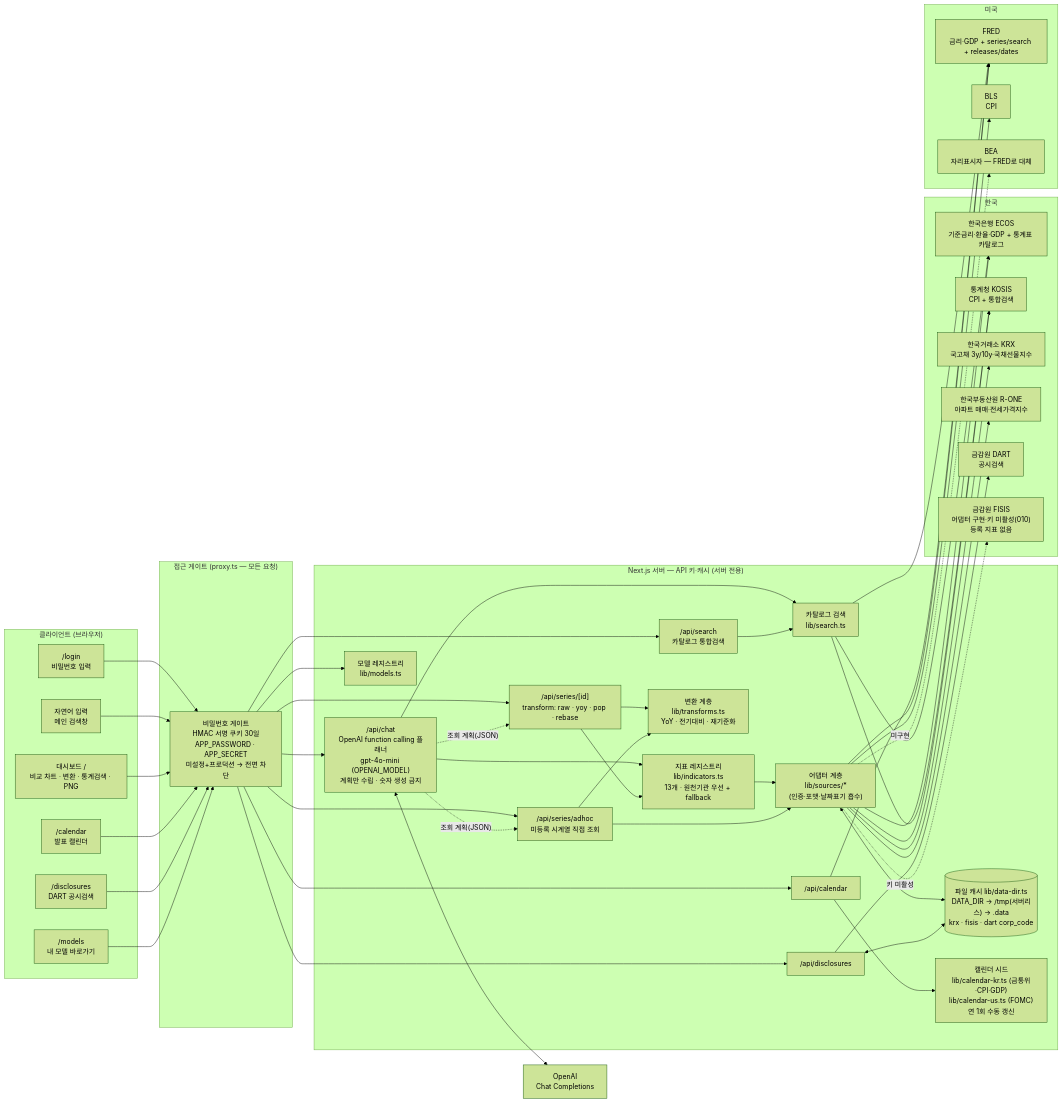
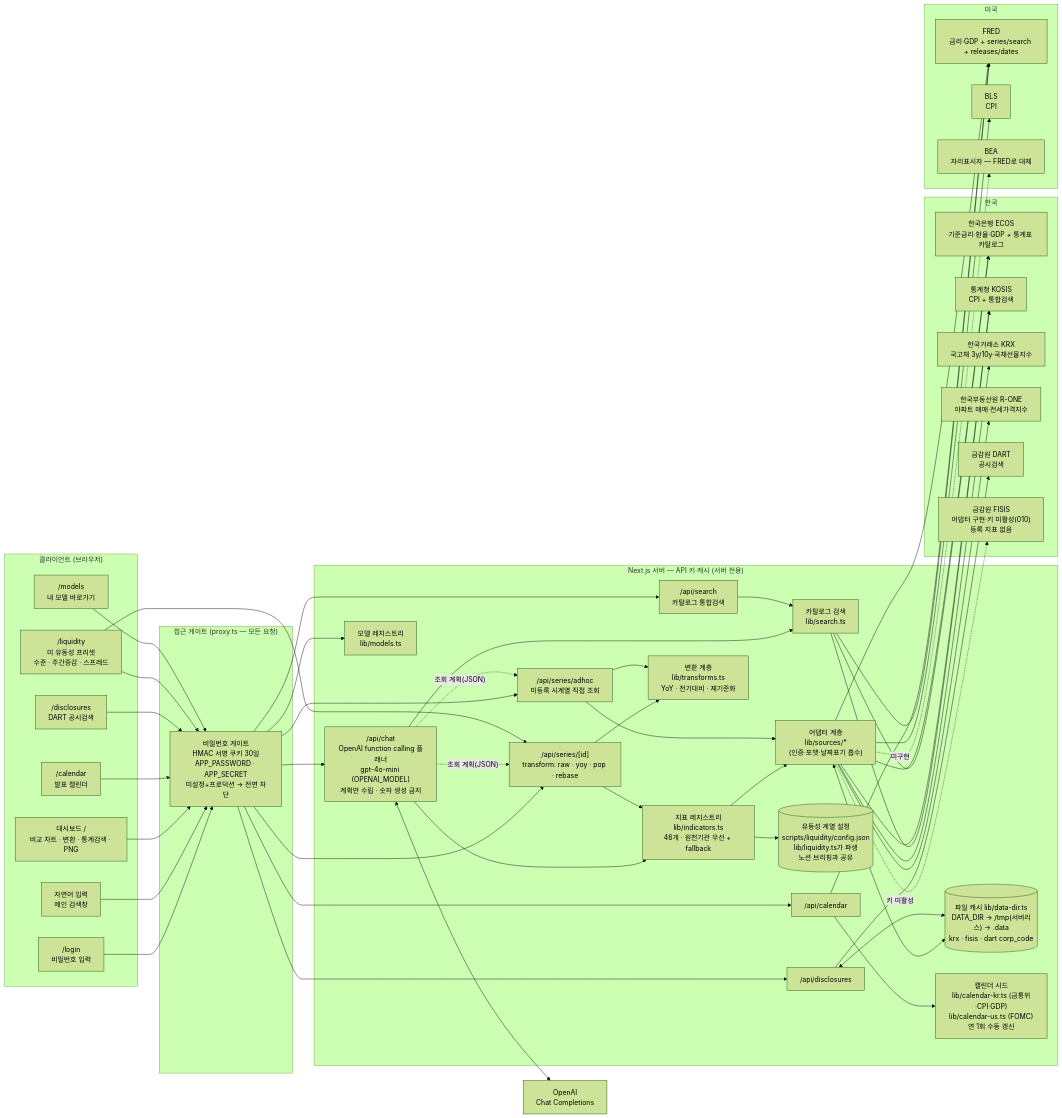
One commit to zzeonso1-ssonim/report-studio changed the diagram in docs/ARCHITECTURE.md. Above: the diagram before and after it, drawn with Mermaid (forest theme). The commit also changed other lines of this file and 9 other files, not shown here.

First line of the commit message:
유동성 계열 카탈로그 등록 + /liquidity 프리셋 화면

```diff
--- a/docs/ARCHITECTURE.md
+++ b/docs/ARCHITECTURE.md
@@ -9,6 +9,7 @@
     UI["대시보드 /<br/>비교 차트 · 변환 · 통계검색 · PNG"]
     CAL["/calendar<br/>발표 캘린더"]
     DISC["/disclosures<br/>DART 공시검색"]
+    LIQ["/liquidity<br/>미 유동성 프리셋<br/>수준 · 주간증감 · 스프레드"]
     MOD["/models<br/>내 모델 바로가기"]
     LOGIN["/login<br/>비밀번호 입력"]
   end
@@ -24,7 +25,8 @@
     SRCH["/api/search<br/>카탈로그 통합검색"]
     CALAPI["/api/calendar"]
     DISCAPI["/api/disclosures"]
-    REG["지표 레지스트리<br/>lib/indicators.ts<br/>13개 · 원천기관 우선 + fallback"]
+    REG["지표 레지스트리<br/>lib/indicators.ts<br/>46개 · 원천기관 우선 + fallback"]
+    LIQCFG[("유동성 계열 설정<br/>scripts/liquidity/config.json<br/>lib/liquidity.ts가 파생<br/>노션 브리핑과 공유")]
     TR["변환 계층<br/>lib/transforms.ts<br/>YoY · 전기대비 · 재기준화"]
     SRCHLIB["카탈로그 검색<br/>lib/search.ts"]
     AD["어댑터 계층<br/>lib/sources/*<br/>(인증·포맷·날짜표기 흡수)"]
@@ -55,6 +57,7 @@
   UI --> PX
   CAL --> PX
   DISC --> PX
+  LIQ --> PX
   MOD --> PX
 
   PX --> CHAT
@@ -73,6 +76,8 @@
 
   SER --> REG
   SER --> TR
+  REG --> LIQCFG
+  LIQ --> SER
   ADHOC --> TR
   SRCH --> SRCHLIB
   REG --> AD
```
